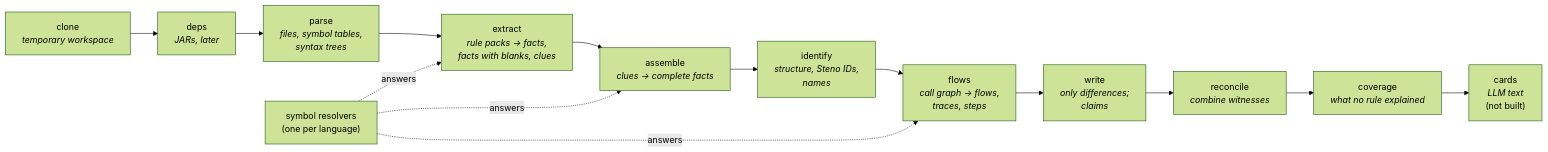
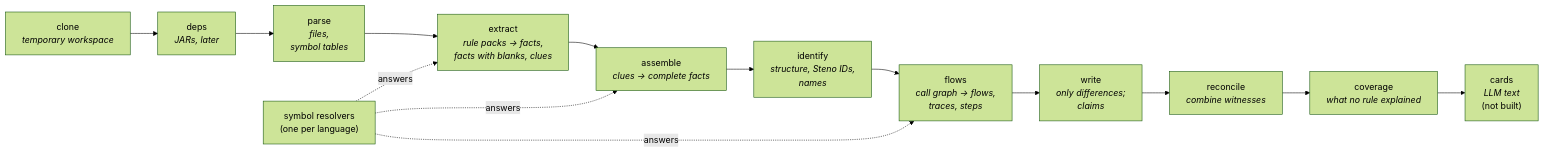
Before and after one commit to KBavis/steno: the first of 3 diagrams in docs/how-it-works/ingestion/README.md, drawn with Mermaid (forest theme). The commit also changed other lines of this file and 18 other files, not shown here.

````diff
--- a/docs/how-it-works/ingestion/README.md
+++ b/docs/how-it-works/ingestion/README.md
@@ -29,14 +29,14 @@
 ```mermaid
 flowchart LR
     C["clone<br/><i>temporary workspace</i>"] --> DP["deps<br/><i>JARs, later</i>"]
-    DP --> P["parse<br/><i>files, symbol tables,<br/>syntax trees</i>"]
+    DP --> P["parse<br/><i>files,<br/>symbol tables</i>"]
     P --> X["extract<br/><i>rule packs → facts,<br/>facts with blanks, clues</i>"]
     X --> A["assemble<br/><i>clues → complete facts</i>"]
     A --> ID["identify<br/><i>structure, Steno IDs,<br/>names</i>"]
     ID --> FL["flows<br/><i>call graph → flows,<br/>traces, steps</i>"]
     FL --> W["write<br/><i>only differences;<br/>claims</i>"]
     W --> RC["reconcile<br/><i>combine witnesses</i>"]
     RC --> CV["coverage<br/><i>what no rule explained</i>"]
     CV --> CD["cards<br/><i>LLM text</i><br/>(not built)"]
     SR["symbol resolvers<br/>(one per language)"] -. answers .-> X & A & FL
 ```
````
